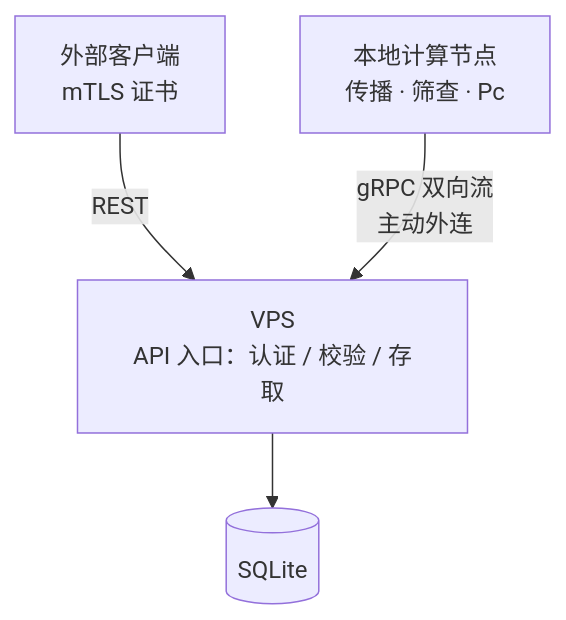
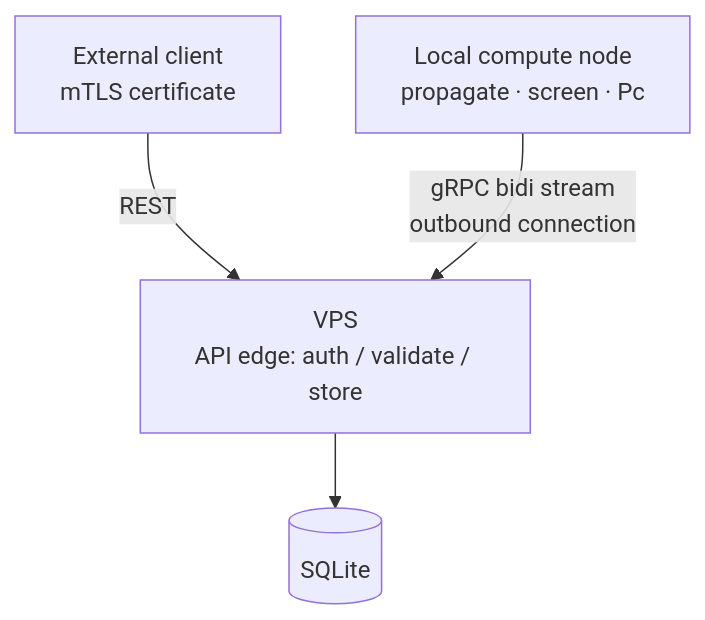
The second of 2 diagrams in README.md (spacelibres/spacesafety), drawn with Mermaid before and after one commit. The commit also changed other lines of this file and 4 other files, not shown here.

````diff
--- a/README.md
+++ b/README.md
@@ -106,6 +125,6 @@
 ```mermaid
 graph TD
-    C["外部客户端<br/>mTLS 证书"] -->|REST| V["VPS<br/>API 入口：认证 / 校验 / 存取"]
-    W["本地计算节点<br/>传播 · 筛查 · Pc"] -->|gRPC 双向流<br/>主动外连| V
+    C["External client<br/>mTLS certificate"] -->|REST| V["VPS<br/>API edge: auth / validate / store"]
+    W["Local compute node<br/>propagate · screen · Pc"] -->|gRPC bidi stream<br/>outbound connection| V
     V --> DB[("SQLite")]
 ```
````
